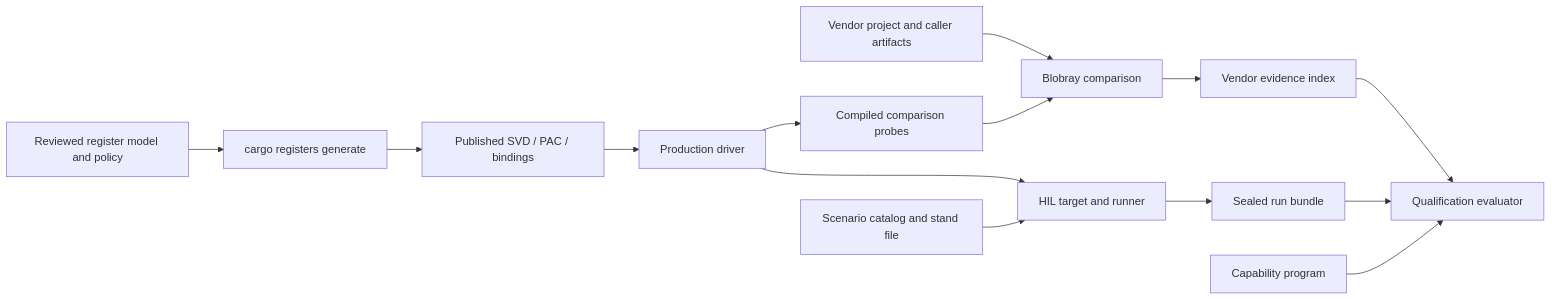
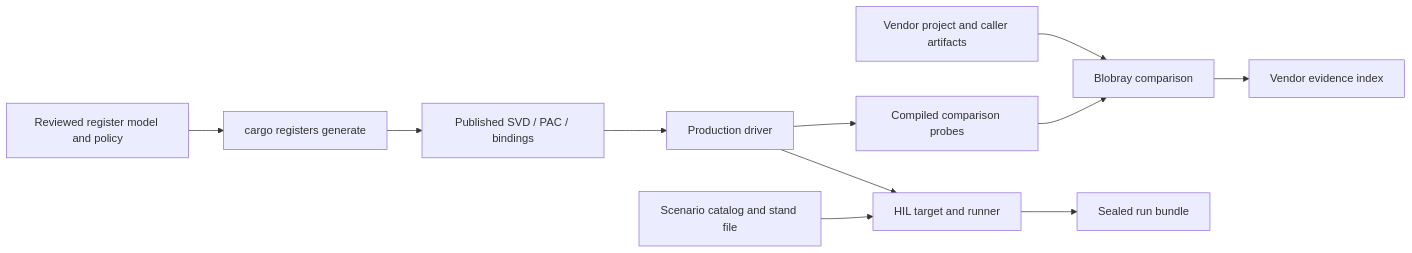
The second of 2 diagrams in docs/architecture.md (ermacv/open-esp-radio-rs), drawn with Mermaid before and after one commit. The commit also changed other lines of this file and 241 other files, not shown here.

````diff
--- a/docs/architecture.md
+++ b/docs/architecture.md
@@ -871,16 +866,13 @@
 ```mermaid
 flowchart LR
     R[Reviewed register model and policy] --> P[cargo registers generate]
     P --> G[Published SVD / PAC / bindings]
     G --> D[Production driver]
     D --> C[Compiled comparison probes]
     V[Vendor project and caller artifacts] --> B[Blobray comparison]
     C --> B
     D --> H[HIL target and runner]
     S[Scenario catalog and stand file] --> H
     B --> I[Vendor evidence index]
     H --> U[Sealed run bundle]
-    I --> Q[Qualification evaluator]
-    U --> Q
-    K[Capability program] --> Q
 ```
````
